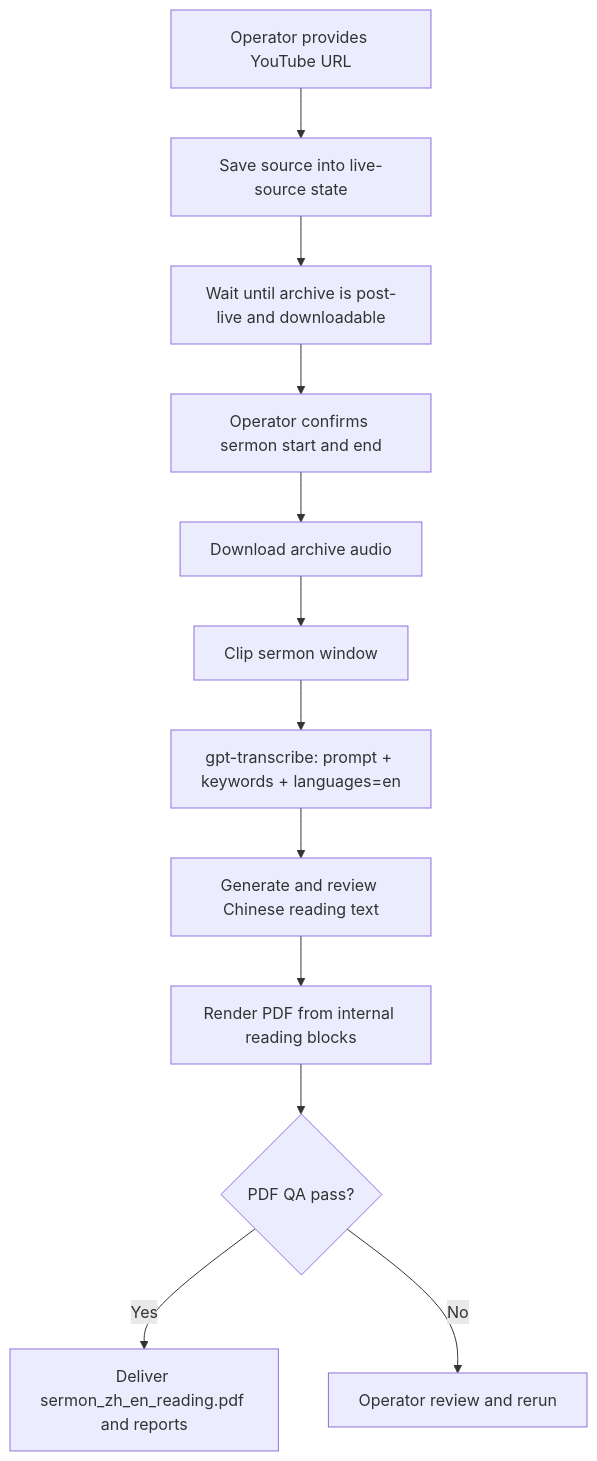
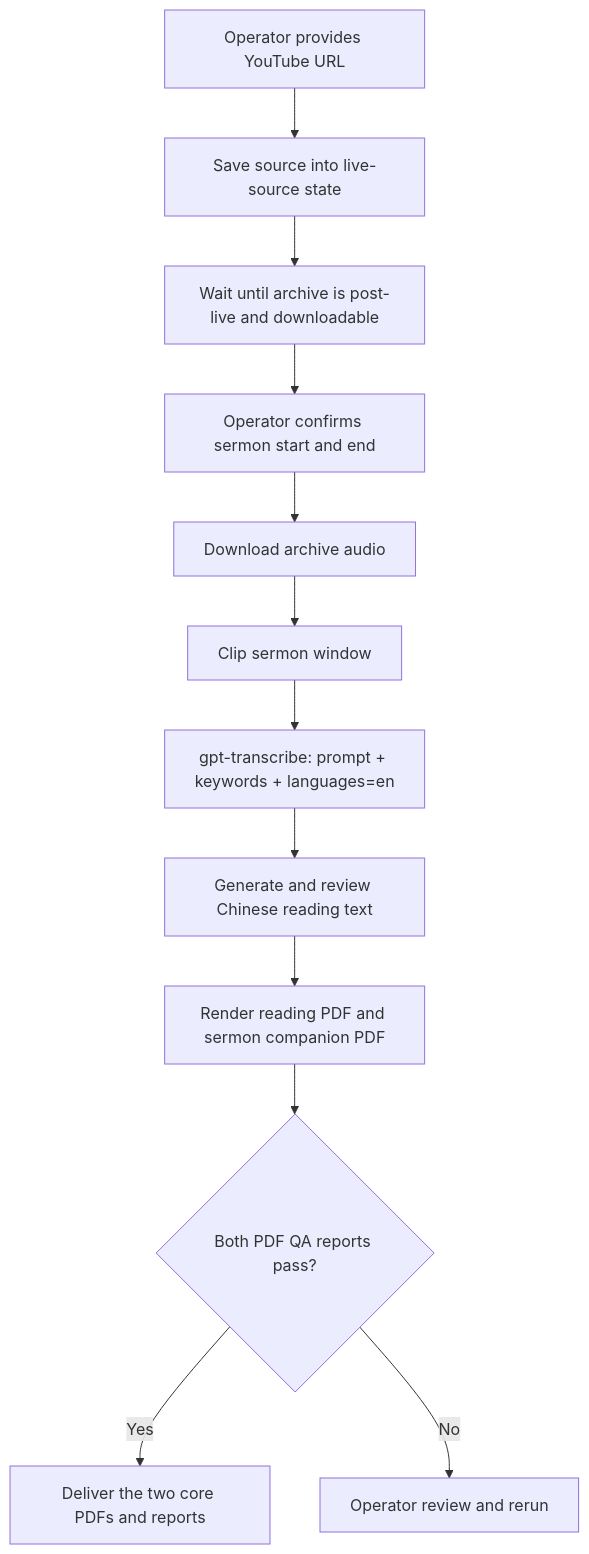
One commit to JonathanJing/sermon-video-zh-subtitles changed the diagram in docs/stable-post-live-reading-pdf-workflow.md. Above: the diagram before and after it, drawn with Mermaid. The commit also changed other lines of this file and 20 other files, not shown here.

Commit message:
Add sermon companion PDF deliverable

````diff
--- a/docs/stable-post-live-reading-pdf-workflow.md
+++ b/docs/stable-post-live-reading-pdf-workflow.md
@@ -28,14 +28,14 @@
 ```mermaid
 flowchart TD
     A[Operator provides YouTube URL] --> B[Save source into live-source state]
     B --> C[Wait until archive is post-live and downloadable]
     C --> D[Operator confirms sermon start and end]
     D --> E[Download archive audio]
     E --> F[Clip sermon window]
     F --> G["gpt-transcribe: prompt + keywords + languages=en"]
     G --> H[Generate and review Chinese reading text]
-    H --> I[Render PDF from internal reading blocks]
-    I --> J{PDF QA pass?}
-    J -- Yes --> K[Deliver sermon_zh_en_reading.pdf and reports]
+    H --> I[Render reading PDF and sermon companion PDF]
+    I --> J{Both PDF QA reports pass?}
+    J -- Yes --> K[Deliver the two core PDFs and reports]
     J -- No --> L[Operator review and rerun]
 ```
````
